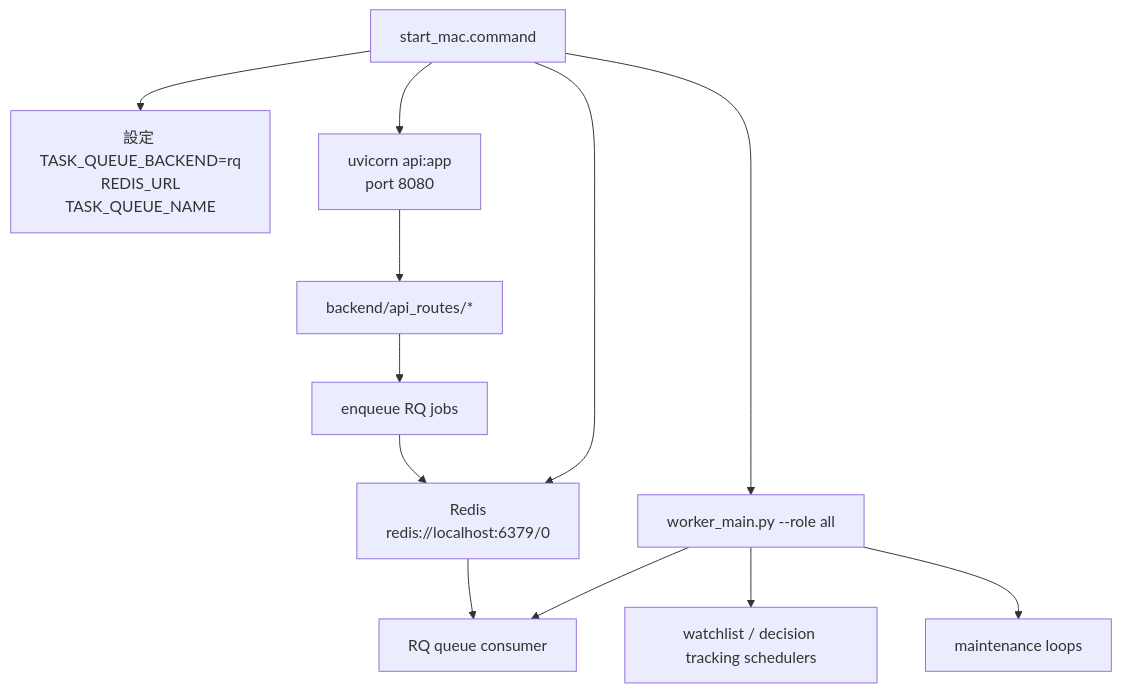
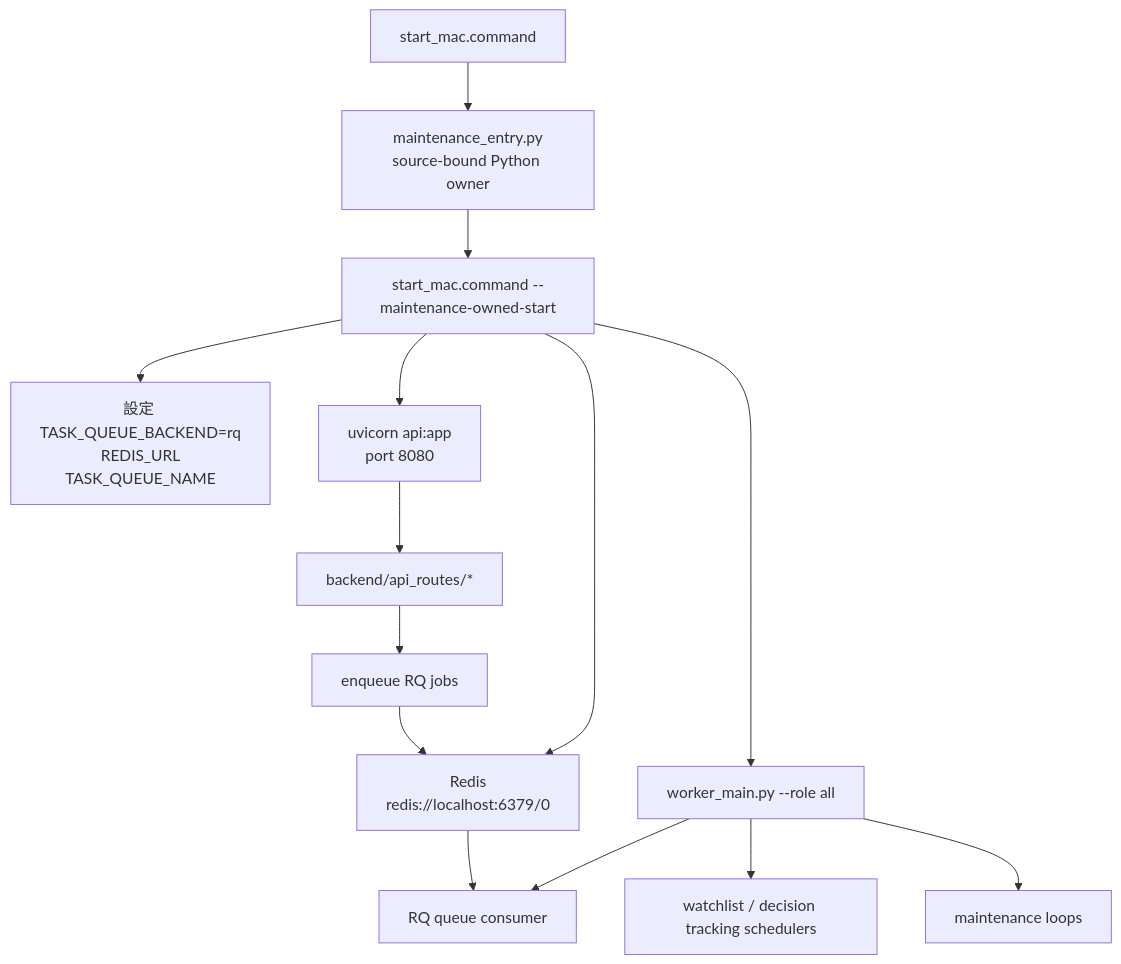
One commit to aibalbo999/unstuck changed the first of 4 diagrams in docs/system-architecture-map.md. Above: the diagram before and after it, drawn with Mermaid. The commit also changed other lines of this file and 1 other file, not shown here.

````diff
--- a/docs/system-architecture-map.md
+++ b/docs/system-architecture-map.md
@@ -539,16 +573,18 @@
 ```mermaid
 flowchart TD
-    Start["start_mac.command"] --> Env["設定 TASK_QUEUE_BACKEND=rq<br/>REDIS_URL<br/>TASK_QUEUE_NAME"]
+    Public["start_mac.command"] --> Owner["maintenance_entry.py<br/>source-bound Python owner"]
+    Owner --> Start["start_mac.command --maintenance-owned-start"]
+    Start --> Env["設定 TASK_QUEUE_BACKEND=rq<br/>REDIS_URL<br/>TASK_QUEUE_NAME"]
     Start --> Redis["Redis<br/>redis://localhost:6379/0"]
     Start --> Worker["worker_main.py --role all"]
     Start --> API["uvicorn api:app<br/>port 8080"]
 
     Worker --> QueueConsumer["RQ queue consumer"]
     Worker --> Schedulers["watchlist / decision tracking schedulers"]
     Worker --> Maintenance["maintenance loops"]
 
     API --> Routers["backend/api_routes/*"]
     Routers --> QueueProducer["enqueue RQ jobs"]
     QueueProducer --> Redis
     Redis --> QueueConsumer
 ```
````
